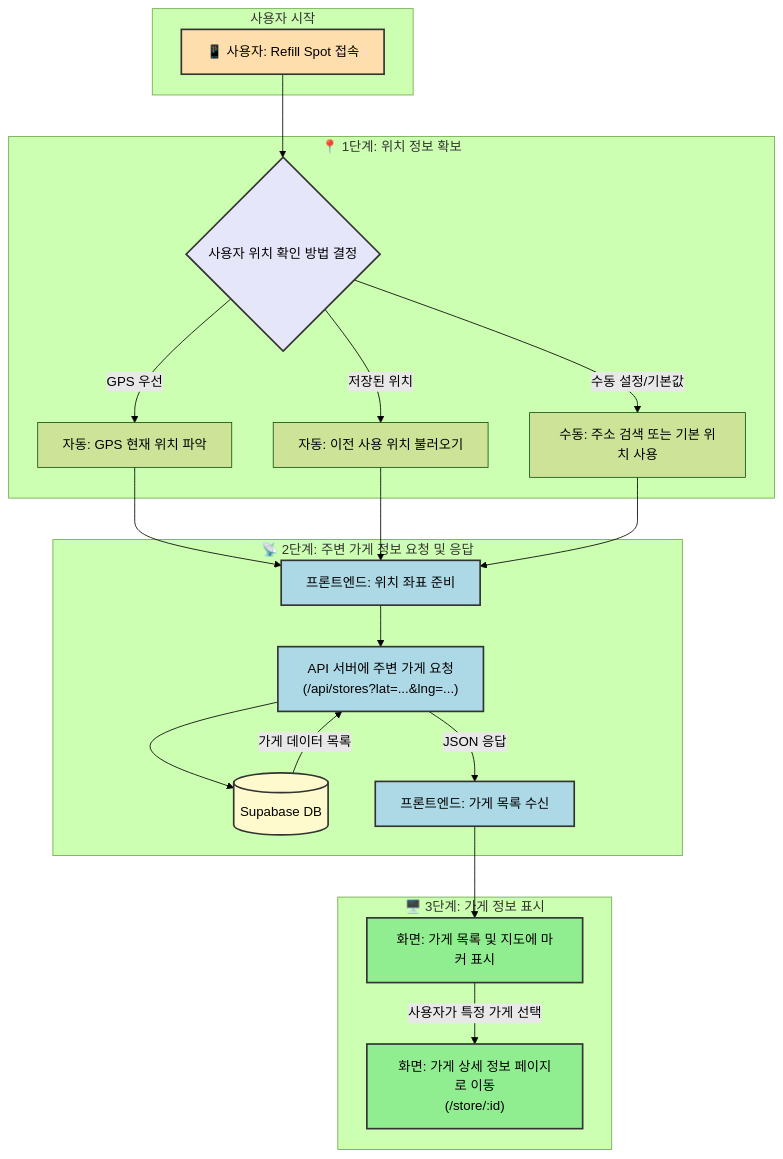
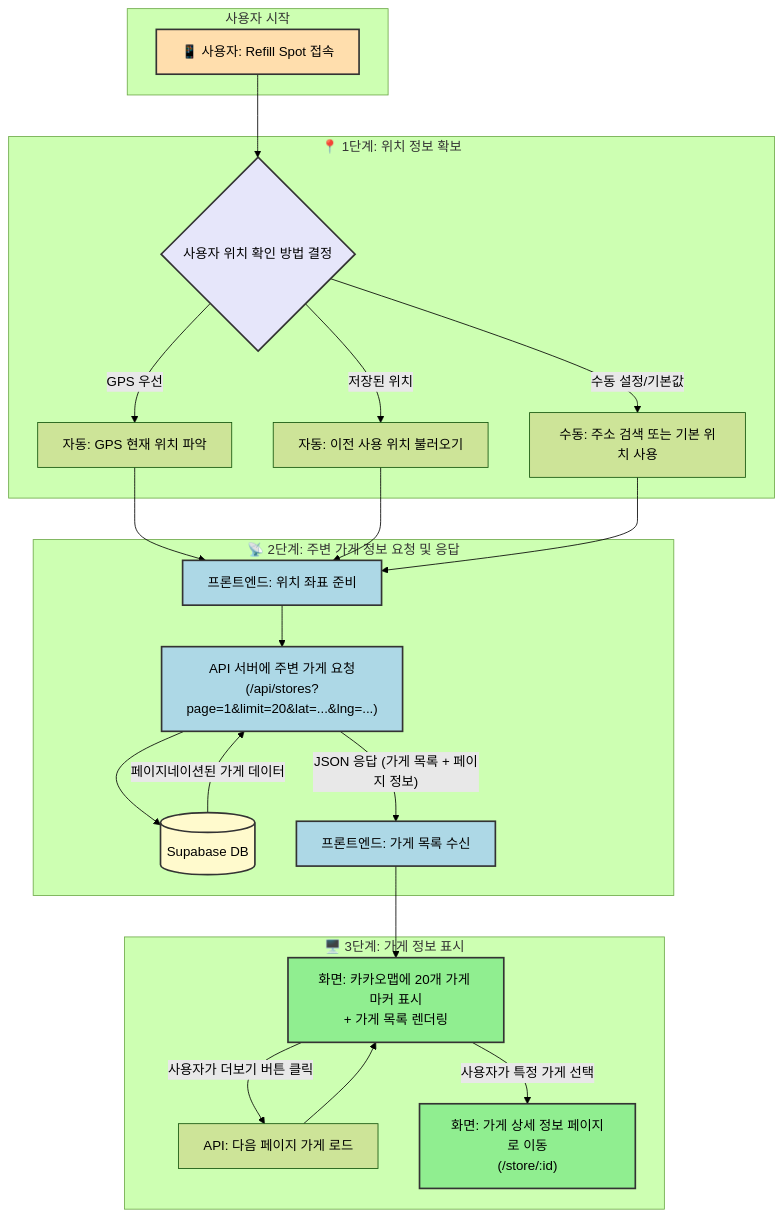
The first of 3 diagrams in README.md (Refill-Spot/Refill-spot), drawn with Mermaid (forest theme) before and after one commit. The commit also changed other lines of this file and 42 other files, not shown here.

````diff
--- a/README.md
+++ b/README.md
@@ -254,38 +270,40 @@
 ```mermaid
 graph TD
     subgraph "사용자 시작"
         A["📱 사용자: Refill Spot 접속"]
     end
 
     subgraph "📍 1단계: 위치 정보 확보"
         A --> B{사용자 위치 확인 방법 결정};
         B -- GPS 우선 --> C["자동: GPS 현재 위치 파악"];
         B -- 저장된 위치 --> D["자동: 이전 사용 위치 불러오기"];
         B -- 수동 설정/기본값 --> E["수동: 주소 검색 또는 기본 위치 사용"];
     end
 
     subgraph "📡 2단계: 주변 가게 정보 요청 및 응답"
         F["프론트엔드: 위치 좌표 준비"]
         C --> F;
         D --> F;
         E --> F;
-        F --> G["API 서버에 주변 가게 요청<br>(/api/stores?lat=...&lng=...)"];
+        F --> G["API 서버에 주변 가게 요청<br>(/api/stores?page=1&limit=20&lat=...&lng=...)"];
         G --> H[(Supabase DB)];
-        H -- 가게 데이터 목록 --> G;
-        G -- JSON 응답 --> I["프론트엔드: 가게 목록 수신"];
+        H -- 페이지네이션된 가게 데이터 --> G;
+        G -- JSON 응답 (가게 목록 + 페이지 정보) --> I["프론트엔드: 가게 목록 수신"];
     end
 
     subgraph "🖥️ 3단계: 가게 정보 표시"
-        I --> J["화면: 가게 목록 및 지도에 마커 표시"];
+        I --> J["화면: 카카오맵에 20개 가게 마커 표시<br>+ 가게 목록 렌더링"];
+        J -- 사용자가 더보기 버튼 클릭 --> L["API: 다음 페이지 가게 로드"];
+        L --> J;
         J -- 사용자가 특정 가게 선택 --> K["화면: 가게 상세 정보 페이지로 이동<br>(/store/:id)"];
     end
 
     style A fill:#FFDEAD,stroke:#333,stroke-width:2px
     style B fill:#E6E6FA,stroke:#333,stroke-width:2px
     style F fill:#ADD8E6,stroke:#333,stroke-width:2px
     style G fill:#ADD8E6,stroke:#333,stroke-width:2px
     style H fill:#FFFACD,stroke:#333,stroke-width:2px
     style I fill:#ADD8E6,stroke:#333,stroke-width:2px
     style J fill:#90EE90,stroke:#333,stroke-width:2px
     style K fill:#90EE90,stroke:#333,stroke-width:2px
 ```
````
